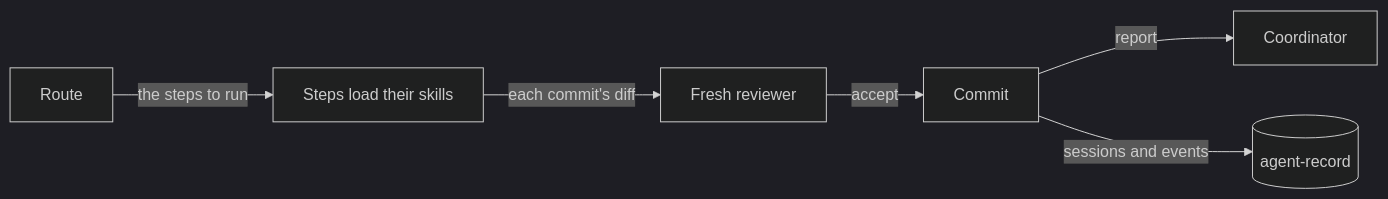
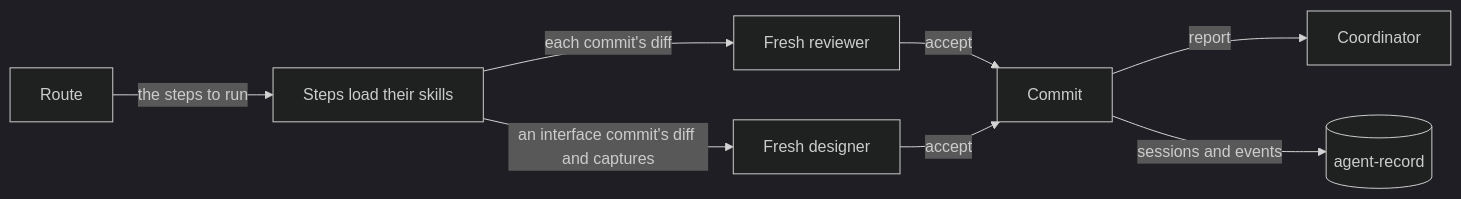
The first of 4 diagrams in docs/loops.md (cniska/agent-skills), drawn with Mermaid (dark theme) before and after one commit. The commit also changed other lines of this file and 4 other files, not shown here.

Commit message:
feat(task): designer gates interface commits

````diff
--- a/docs/loops.md
+++ b/docs/loops.md
@@ -9,8 +9,10 @@
 ```mermaid
 flowchart LR
   route["Route"] -- "the steps to run" --> steps["Steps load their skills"]
   steps -- "each commit's diff" --> rev["Fresh reviewer"]
   rev -- "accept" --> commit["Commit"]
+  steps -- "an interface commit's diff and captures" --> des["Fresh designer"]
+  des -- "accept" --> commit
   commit -- "report" --> lead["Coordinator"]
   commit -- "sessions and events" --> rec[("agent-record")]
 ```
````
